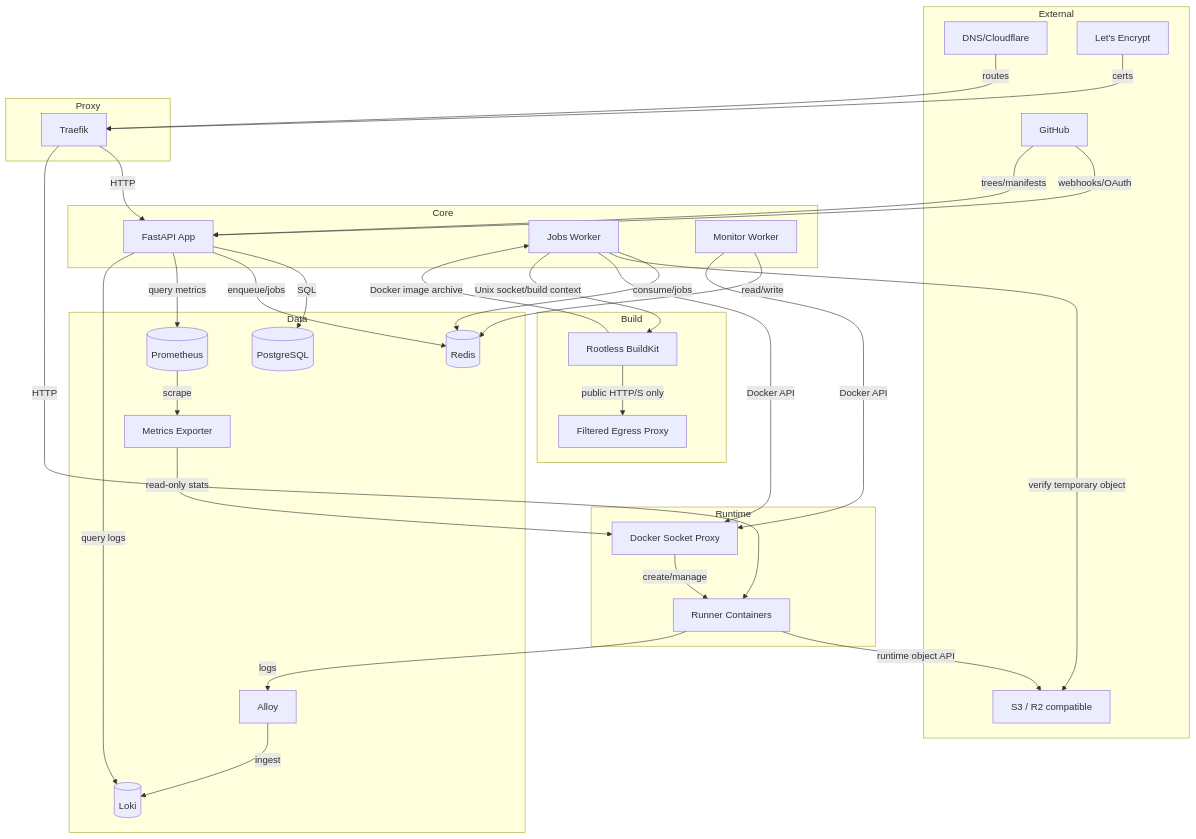
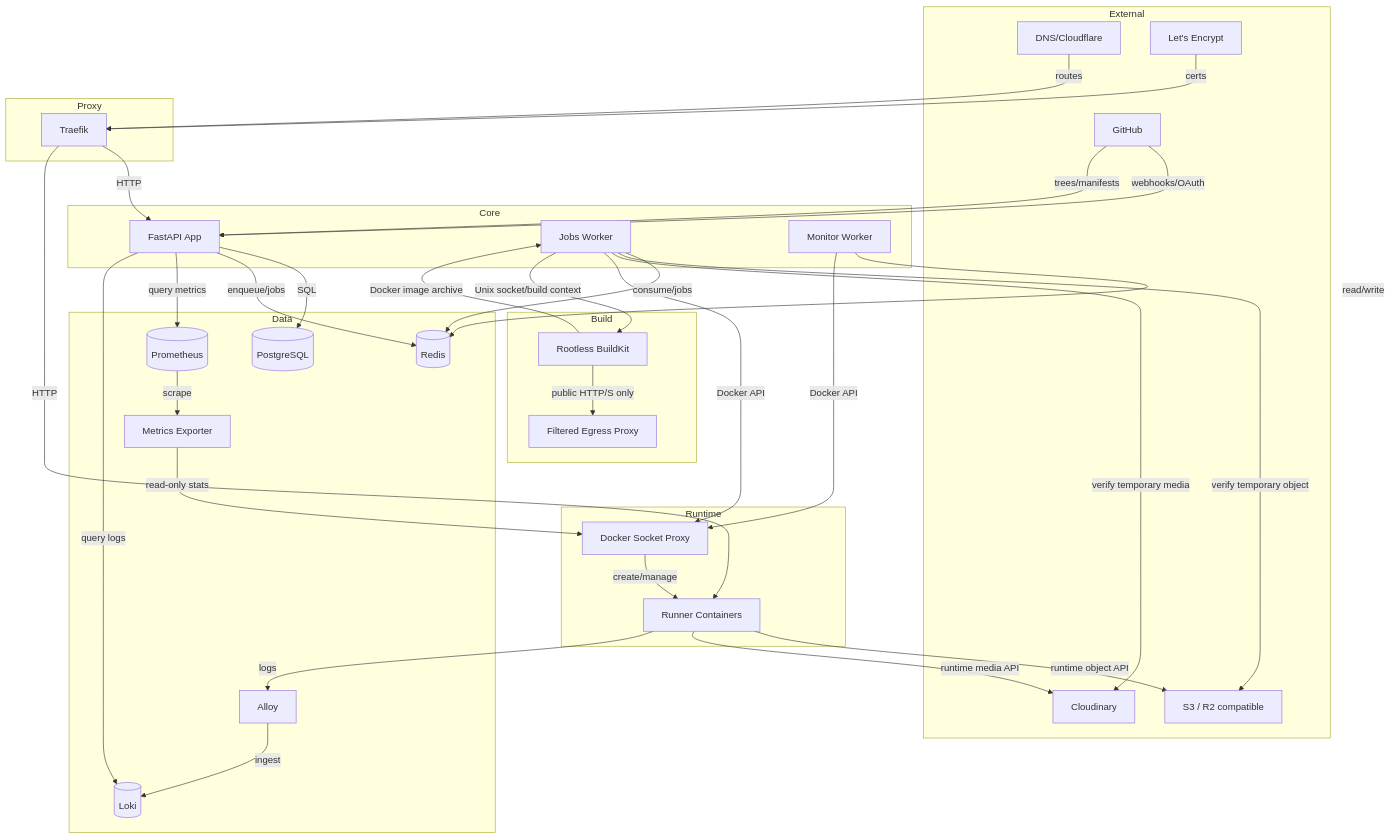
The first of 2 diagrams in ARCHITECTURE.md (mayowaoladosu/devvpush), drawn with Mermaid before and after one commit. The commit also changed other lines of this file and 36 other files, not shown here.

Commit message:
feat(storage): add Cloudinary media connections

````diff
--- a/ARCHITECTURE.md
+++ b/ARCHITECTURE.md
@@ -49,63 +50,66 @@
 ```mermaid
 flowchart TB
   subgraph External
     GH[GitHub]
     DNS[DNS/Cloudflare]
     ACME[Let's Encrypt]
     OBJ[S3 / R2 compatible]
+    MEDIA[Cloudinary]
   end
 
   subgraph Proxy
     T[Traefik]
   end
 
   subgraph Core
     A[FastAPI App]
     W[Jobs Worker]
     M[Monitor Worker]
   end
 
   subgraph Data
     PG[(PostgreSQL)]
     R[(Redis)]
     AL[Alloy]
     L[(Loki)]
     MX[Metrics Exporter]
     P[(Prometheus)]
   end
 
   subgraph Runtime
     DP[Docker Socket Proxy]
     RC[Runner Containers]
   end
 
   subgraph Build
     BK[Rootless BuildKit]
     EP[Filtered Egress Proxy]
   end
 
   GH -- webhooks/OAuth --> A
   GH -- trees/manifests --> A
   DNS -- routes --> T
   ACME -- certs --> T
   T -- HTTP --> A
   T -- HTTP --> RC
   A -- SQL --> PG
   A -- enqueue/jobs --> R
   W -- consume/jobs --> R
   W -- verify temporary object --> OBJ
+  W -- verify temporary media --> MEDIA
   M -- read/write --> R
   W -- Docker API --> DP
   W -- Unix socket/build context --> BK
   BK -- Docker image archive --> W
   BK -- public HTTP/S only --> EP
   M -- Docker API --> DP
   DP -- create/manage --> RC
   RC -- runtime object API --> OBJ
+  RC -- runtime media API --> MEDIA
   MX -- read-only stats --> DP
   P -- scrape --> MX
   A -- query metrics --> P
   RC -- logs --> AL
   AL -- ingest --> L
   A -- query logs --> L
 ```
````
